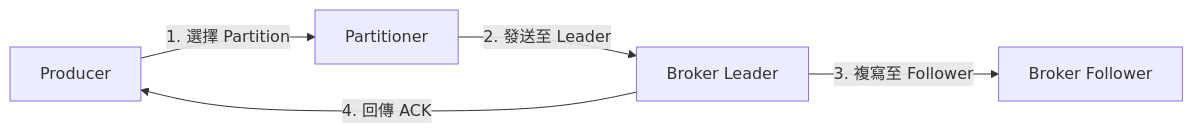
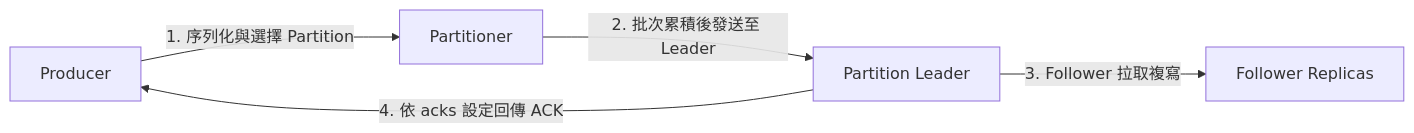
The sixth of 29 diagrams in content/posts/教學/工具/Kafka教學手冊.md (chihhung/Blog), drawn with Mermaid before and after one commit. The commit also changed other lines of this file and 10 other files, not shown here.

````diff
--- a/content/posts/教學/工具/Kafka教學手冊.md
+++ b/content/posts/教學/工具/Kafka教學手冊.md
@@ -278,7 +631,7 @@
 ```mermaid
 flowchart LR
-    P[Producer] -->|1. 選擇 Partition| PL[Partitioner]
-    PL -->|2. 發送至 Leader| B[Broker Leader]
-    B -->|3. 複寫至 Follower| BF[Broker Follower]
-    B -->|4. 回傳 ACK| P
+    P[Producer] -->|1. 序列化與選擇 Partition| PL[Partitioner]
+    PL -->|2. 批次累積後發送至 Leader| B[Partition Leader]
+    B -->|3. Follower 拉取複寫| BF[Follower Replicas]
+    B -->|4. 依 acks 設定回傳 ACK| P
 ```
````
